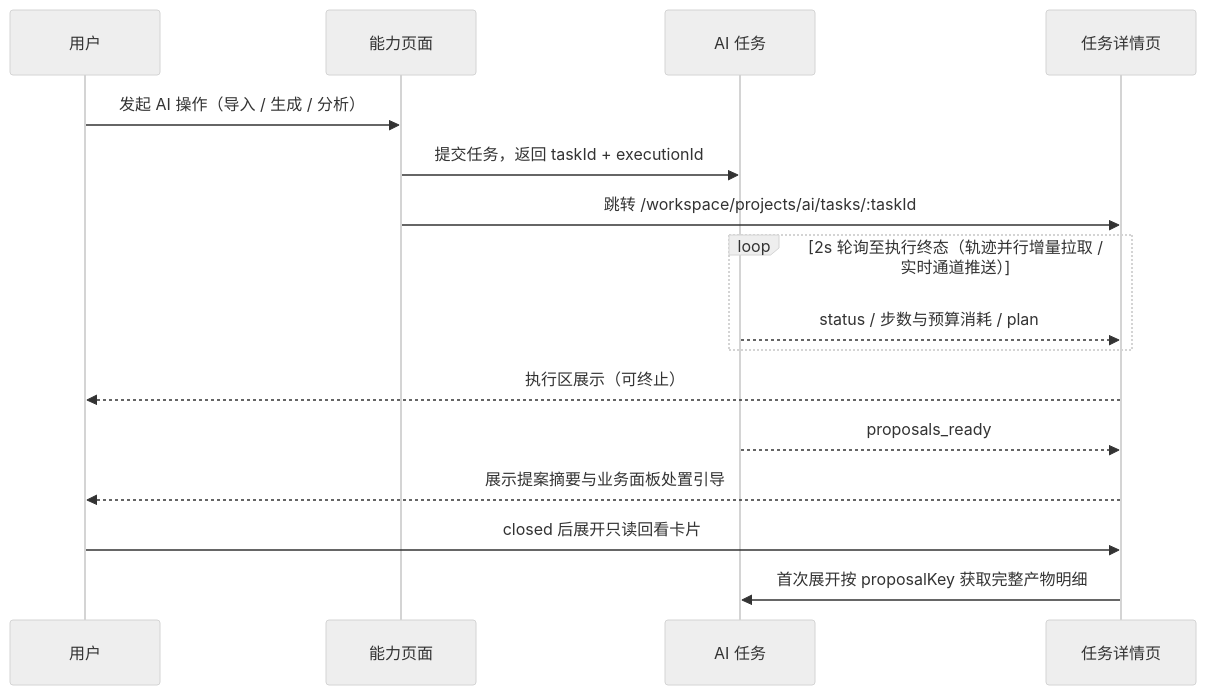
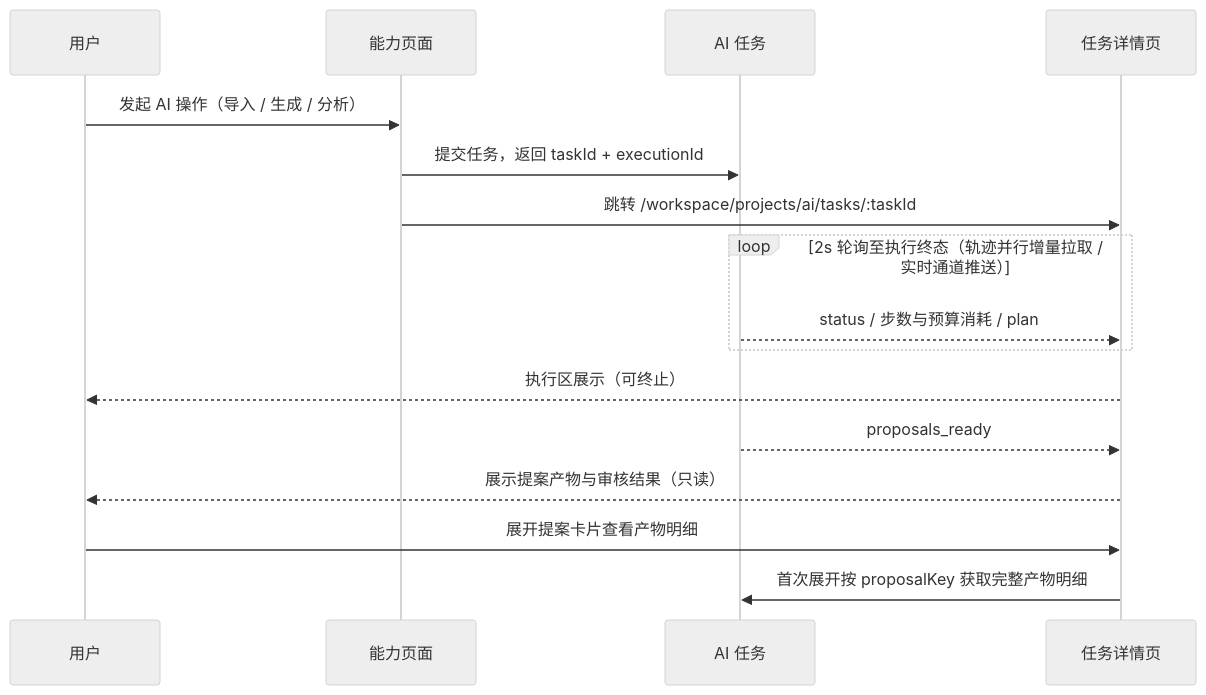
Before and after one commit to XiaoMiSum/robotest: the second of 2 diagrams in docs/05-interaction-design/07-ai-capability/03-ai-task-ui.md, drawn with Mermaid (neutral theme). The commit also changed other lines of this file and 6 other files, not shown here.

````diff
--- a/docs/05-interaction-design/07-ai-capability/03-ai-task-ui.md
+++ b/docs/05-interaction-design/07-ai-capability/03-ai-task-ui.md
@@ -138,18 +141,18 @@
 ```mermaid
 sequenceDiagram
   participant U as 用户
   participant P as 能力页面
   participant T as AI 任务
   participant D as 任务详情页
   U->>P: 发起 AI 操作（导入 / 生成 / 分析）
   P->>T: 提交任务，返回 taskId + executionId
   P->>D: 跳转 /workspace/projects/ai/tasks/:taskId
   loop 2s 轮询至执行终态（轨迹并行增量拉取 / 实时通道推送）
     T-->>D: status / 步数与预算消耗 / plan
   end
   D-->>U: 执行区展示（可终止）
   T-->>D: proposals_ready
-  D-->>U: 展示提案摘要与业务面板处置引导
-  U->>D: closed 后展开只读回看卡片
+  D-->>U: 展示提案产物与审核结果（只读）
+  U->>D: 展开提案卡片查看产物明细
   D->>T: 首次展开按 proposalKey 获取完整产物明细
 ```
````
